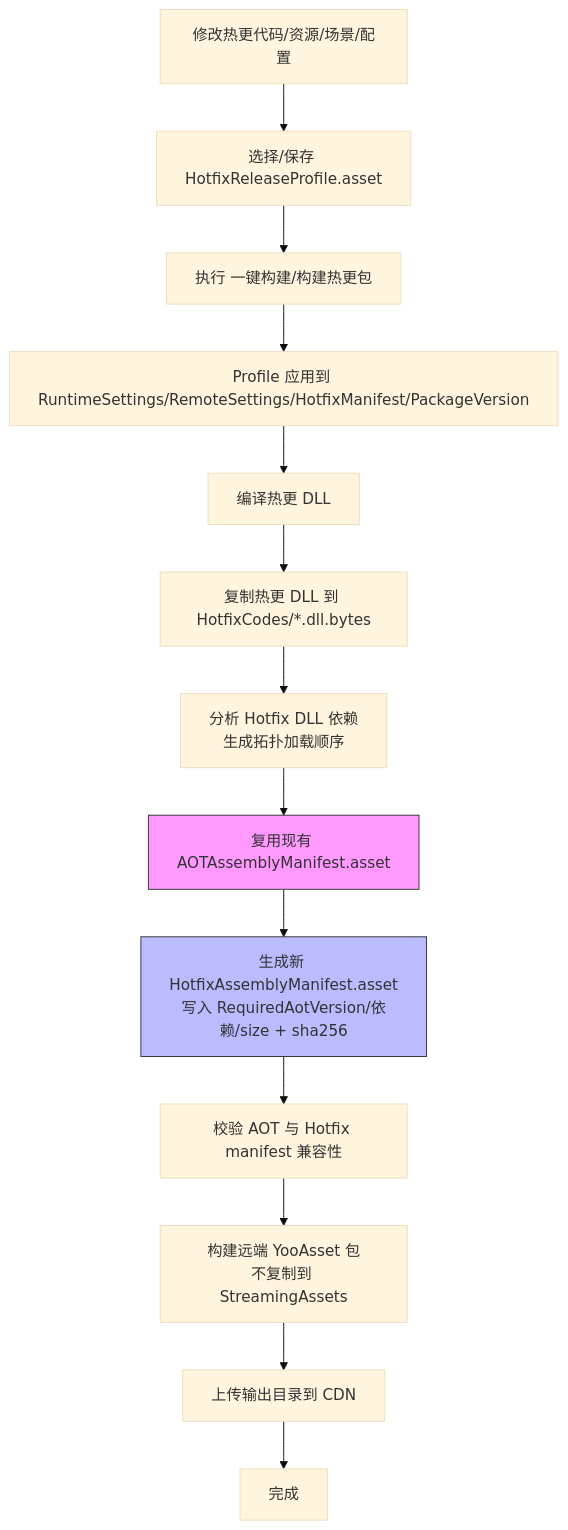
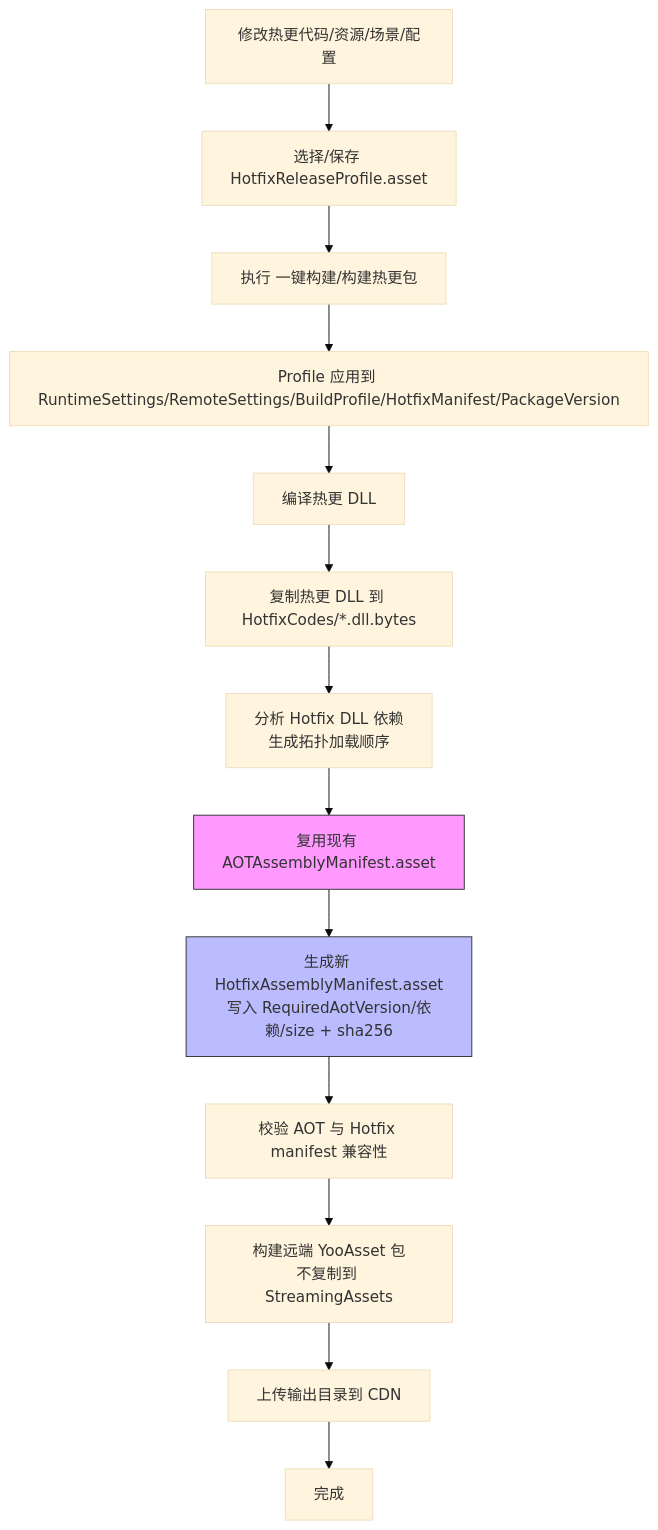
The second of 5 diagrams in README.md (RyuRae/qframework-hotfix), drawn with Mermaid (base theme) before and after one commit. The commit also changed other lines of this file and 9 other files, not shown here.

````diff
--- a/README.md
+++ b/README.md
@@ -189,18 +190,18 @@
 ```mermaid
 flowchart TD
     A[修改热更代码/资源/场景/配置] --> B[选择/保存 HotfixReleaseProfile.asset]
     B --> C[执行 一键构建/构建热更包]
-    C --> D0[Profile 应用到 RuntimeSettings/RemoteSettings/HotfixManifest/PackageVersion]
+    C --> D0[Profile 应用到 RuntimeSettings/RemoteSettings/BuildProfile/HotfixManifest/PackageVersion]
     D0 --> D1[编译热更 DLL]
     D1 --> D[复制热更 DLL 到 HotfixCodes/*.dll.bytes]
     D --> E[分析 Hotfix DLL 依赖\n生成拓扑加载顺序]
     E --> F[复用现有 AOTAssemblyManifest.asset]
     F --> G[生成新 HotfixAssemblyManifest.asset\n写入 RequiredAotVersion/依赖/size + sha256]
     G --> H[校验 AOT 与 Hotfix manifest 兼容性]
     H --> I[构建远端 YooAsset 包\n不复制到 StreamingAssets]
     I --> J[上传输出目录到 CDN]
     J --> K[完成]
 
     style F fill:#f9f,stroke:#333
     style G fill:#bbf,stroke:#333
 ```
````
